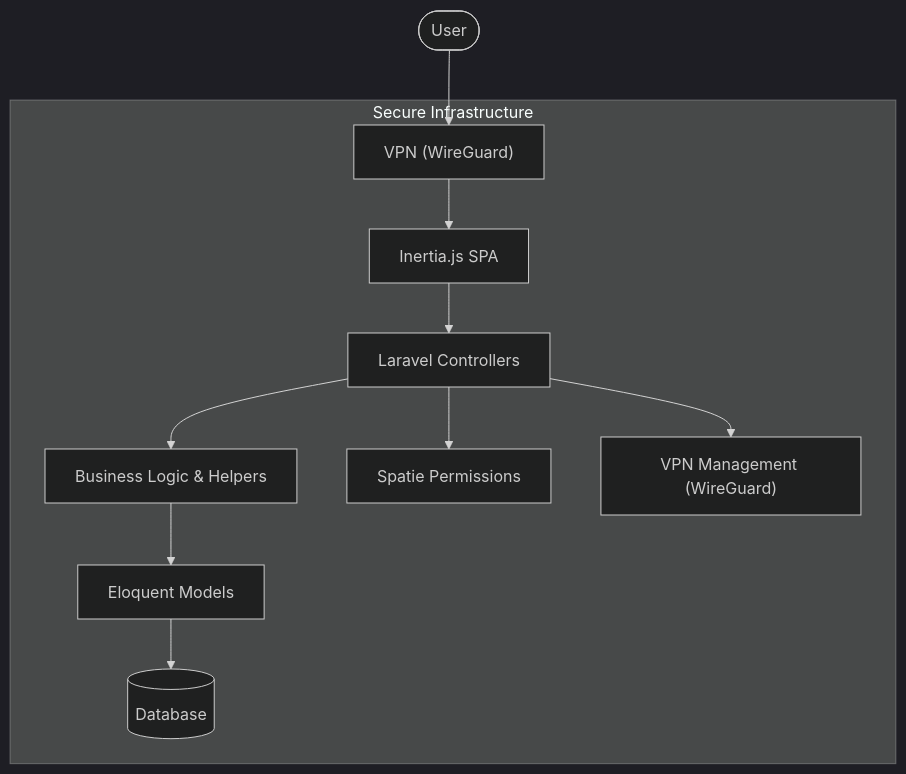
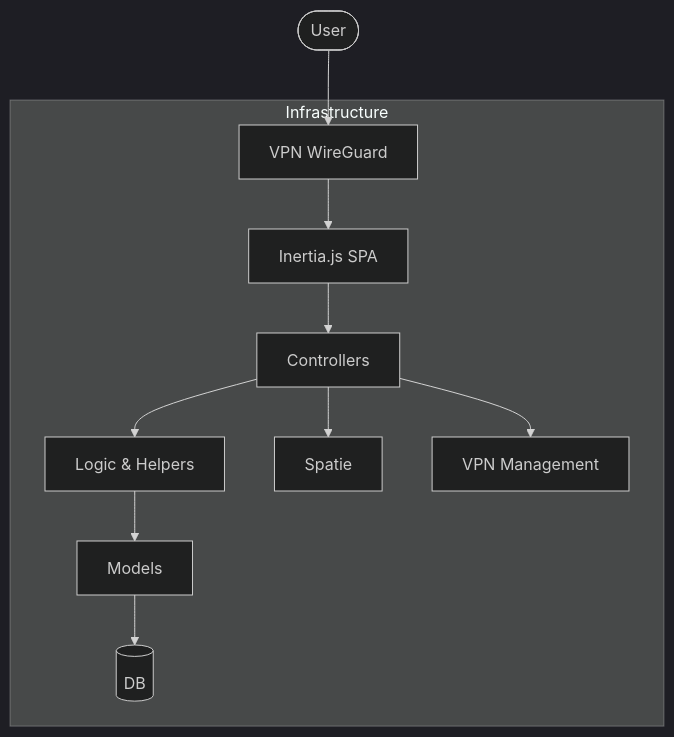
One commit to francishift/Labs-Backend-FrancisV changed the second of 2 diagrams in README.md. Above: the diagram before and after it, drawn with Mermaid (dark theme). The commit also changed other lines of this file, not shown here.

Commit message:
Fix Mermaid diagram overflow in README

````diff
--- a/README.md
+++ b/README.md
@@ -164,13 +164,13 @@
 ```mermaid
 graph TD
-    User([User]) --> VPN["VPN (WireGuard)"]
-    subgraph "Secure Infrastructure"
+    User([User]) --> VPN["VPN WireGuard"]
+    subgraph "Infrastructure"
     VPN --> B[Inertia.js SPA]
-    B --> C[Laravel Controllers]
-    C --> D[Business Logic & Helpers]
-    D --> E[Eloquent Models]
-    E --> F[(Database)]
-    C --> G[Spatie Permissions]
-    C --> H["VPN Management (WireGuard)"]
+    B --> C[Controllers]
+    C --> D[Logic & Helpers]
+    D --> E[Models]
+    E --> F[(DB)]
+    C --> G[Spatie]
+    C --> H[VPN Management]
     end
 ```
````
